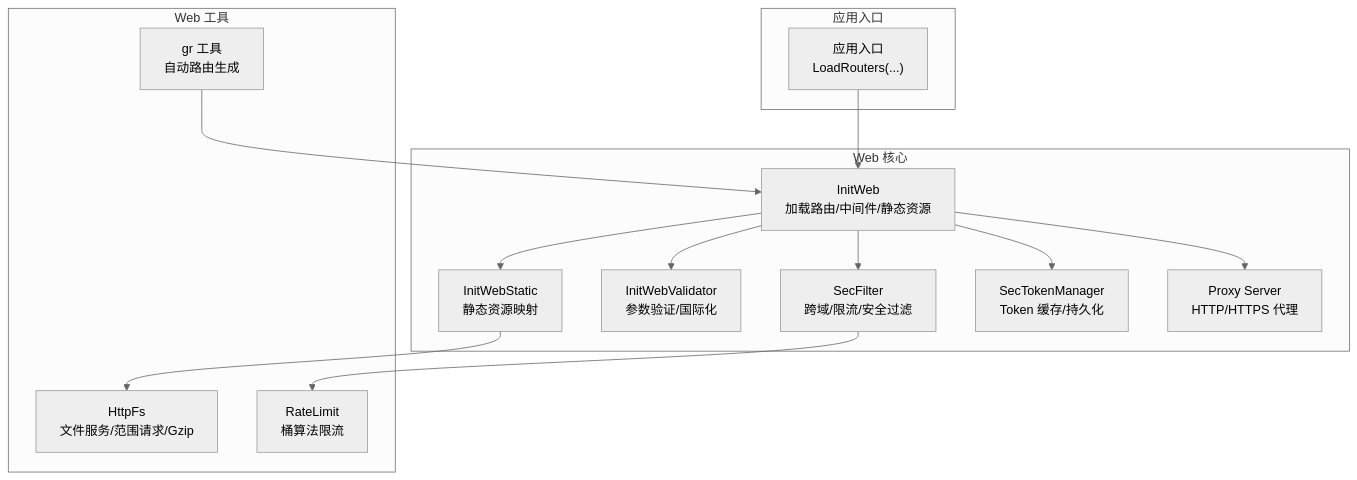
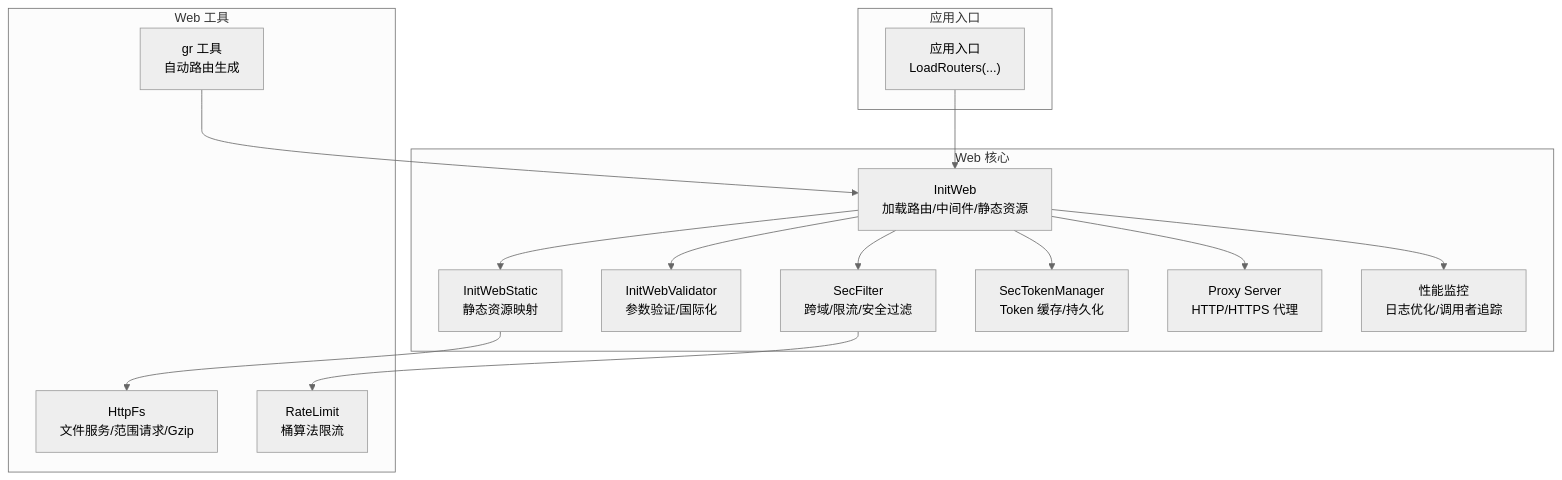
The first of 10 diagrams in .lingma/repowiki/zh/content/Web 服务开发/Web 服务开发.md (tdwu/fast_go), drawn with Mermaid (neutral theme) before and after one commit. The commit also changed other lines of this file and 2 other files, not shown here.

````diff
--- a/.lingma/repowiki/zh/content/Web 服务开发/Web 服务开发.md
+++ b/.lingma/repowiki/zh/content/Web 服务开发/Web 服务开发.md
@@ -46,28 +57,30 @@
 ```mermaid
 graph TB
 subgraph "应用入口"
 APP["应用入口<br/>LoadRouters(...)"]
 end
 subgraph "Web 核心"
 INITWEB["InitWeb<br/>加载路由/中间件/静态资源"]
 SEC["SecFilter<br/>跨域/限流/安全过滤"]
 VALID["InitWebValidator<br/>参数验证/国际化"]
 STATIC["InitWebStatic<br/>静态资源映射"]
 TOK["SecTokenManager<br/>Token 缓存/持久化"]
 PROXY["Proxy Server<br/>HTTP/HTTPS 代理"]
+PERF["性能监控<br/>日志优化/调用者追踪"]
 end
 subgraph "Web 工具"
 HTTPFS["HttpFs<br/>文件服务/范围请求/Gzip"]
 RATE["RateLimit<br/>桶算法限流"]
 GR["gr 工具<br/>自动路由生成"]
 end
 APP --> INITWEB
 INITWEB --> SEC
 INITWEB --> VALID
 INITWEB --> STATIC
 INITWEB --> TOK
 INITWEB --> PROXY
+INITWEB --> PERF
 STATIC --> HTTPFS
 SEC --> RATE
 GR --> INITWEB
 ```
````
